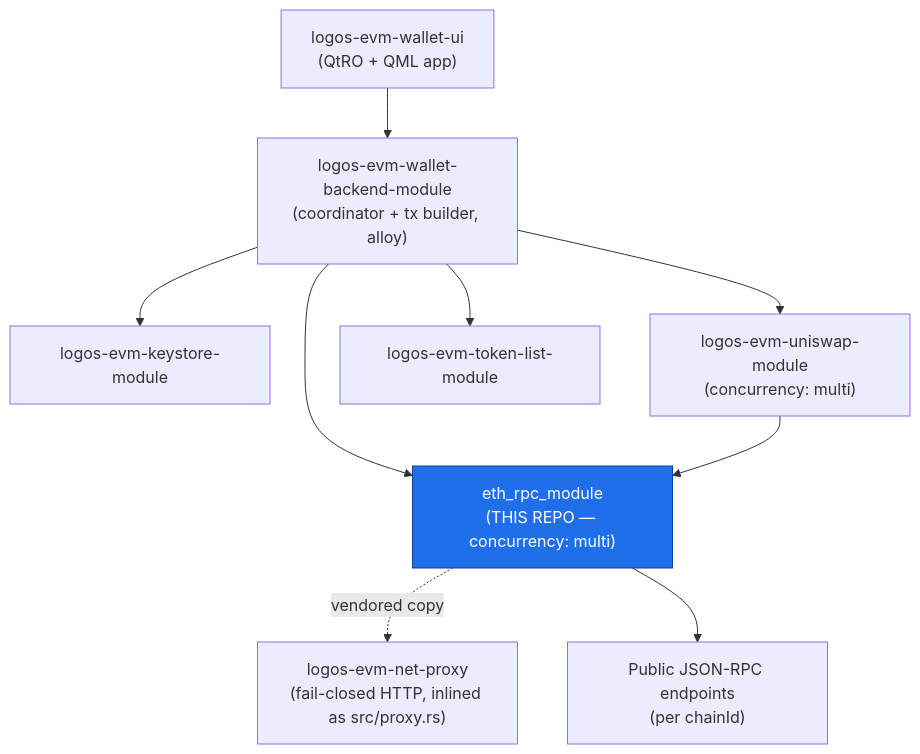
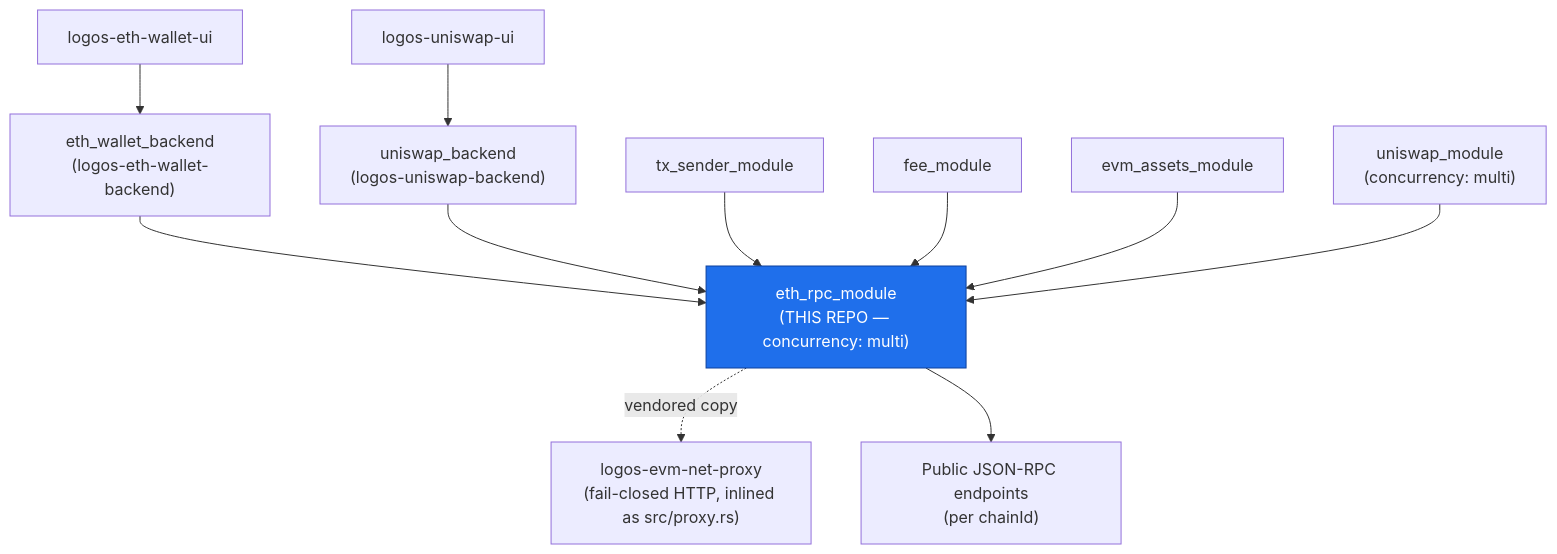
One commit to logos-co/logos-evm-eth-rpc-module changed the first of 3 diagrams in docs/specs.md. Above: the diagram before and after it, drawn with Mermaid. The commit also changed other lines of this file, not shown here.

````diff
--- a/docs/specs.md
+++ b/docs/specs.md
@@ -40,23 +40,28 @@
 ```mermaid
 flowchart TD
-    UI["logos-evm-wallet-ui<br/>(QtRO + QML app)"]
-    BE["logos-evm-wallet-backend-module<br/>(coordinator + tx builder, alloy)"]
-    KS["logos-evm-keystore-module"]
-    UNI["logos-evm-uniswap-module<br/>(concurrency: multi)"]
-    TL["logos-evm-token-list-module"]
+    WUI["logos-eth-wallet-ui"]
+    UUI["logos-uniswap-ui"]
+    EWB["eth_wallet_backend<br/>(logos-eth-wallet-backend)"]
+    UB["uniswap_backend<br/>(logos-uniswap-backend)"]
+    TX["tx_sender_module"]
+    FEE["fee_module"]
+    AS["evm_assets_module"]
+    UNI["uniswap_module<br/>(concurrency: multi)"]
     ETH["eth_rpc_module<br/>(THIS REPO — concurrency: multi)"]
     NP["logos-evm-net-proxy<br/>(fail-closed HTTP, inlined as src/proxy.rs)"]
     NODES["Public JSON-RPC endpoints<br/>(per chainId)"]
 
-    UI --> BE
-    BE --> KS
-    BE --> ETH
-    BE --> TL
-    BE --> UNI
+    WUI --> EWB
+    UUI --> UB
+    EWB --> ETH
+    UB --> ETH
+    TX --> ETH
+    FEE --> ETH
+    AS --> ETH
     UNI --> ETH
     ETH -. "vendored copy" .-> NP
     ETH --> NODES
 
     classDef this fill:#1f6feb,stroke:#0d419d,color:#fff;
     class ETH this;
 ```
````
